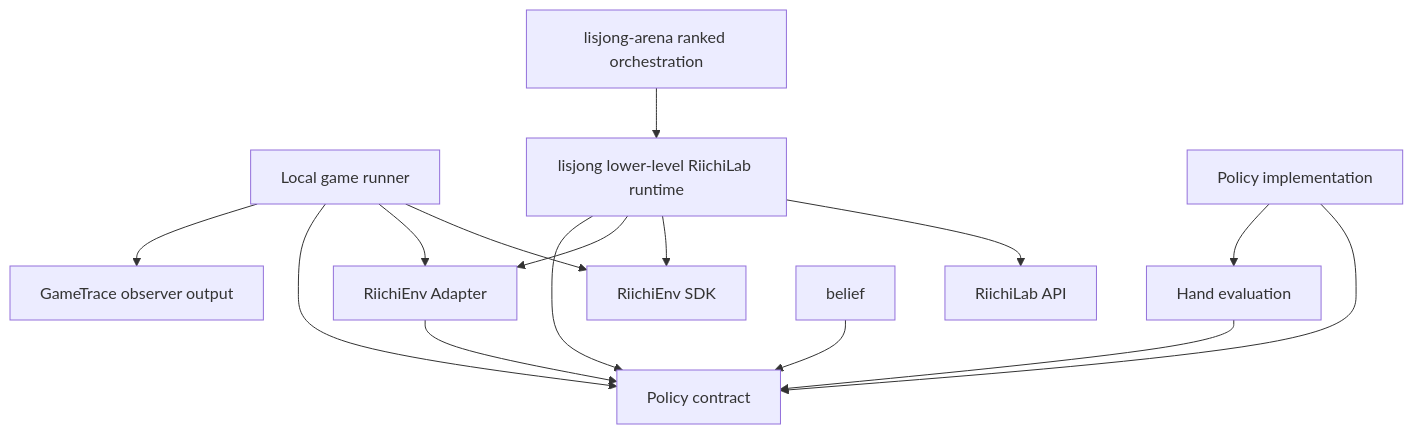
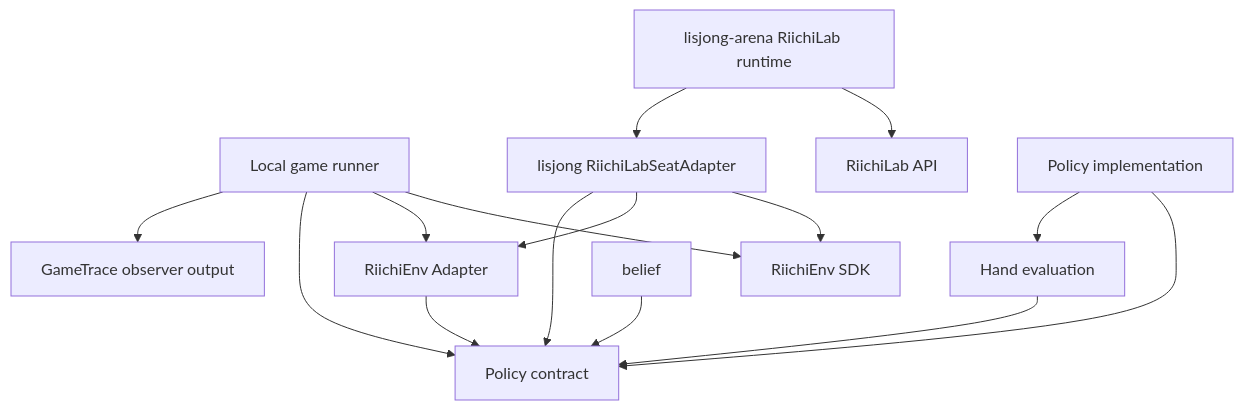
One commit to lisbun/lisjong changed the diagram in docs/architecture.md. Above: the diagram before and after it, drawn with Mermaid. The commit also changed other lines of this file and 15 other files, not shown here.

Commit message:
Remove migrated RiichiLab lower-level runtime (#92)

````diff
--- a/docs/architecture.md
+++ b/docs/architecture.md
@@ -819,17 +789,17 @@
 ```mermaid
 flowchart TD
     Runner["Local game runner"] --> SDK["RiichiEnv SDK"]
-    Runner --> Adapter["RiichiEnv Adapter"]
+    Runner --> EnvAdapter["RiichiEnv Adapter"]
     Runner --> Contract["Policy contract"]
     Runner --> Trace["GameTrace observer output"]
-    Arena["lisjong-arena ranked orchestration"] --> Client["lisjong lower-level RiichiLab runtime"]
-    Client --> LabAPI["RiichiLab API"]
-    Client --> SDK
-    Client --> Adapter
-    Client --> Contract
-    Adapter --> Contract
+    Arena["lisjong-arena RiichiLab runtime"] --> LabAPI["RiichiLab API"]
+    Arena --> LabAdapter["lisjong RiichiLabSeatAdapter"]
+    LabAdapter --> SDK
+    LabAdapter --> EnvAdapter
+    LabAdapter --> Contract
+    EnvAdapter --> Contract
     Impl["Policy implementation"] --> Contract
     Impl --> HandEval["Hand evaluation"]
     HandEval --> Contract
     Belief["belief"] --> Contract
 ```
````
